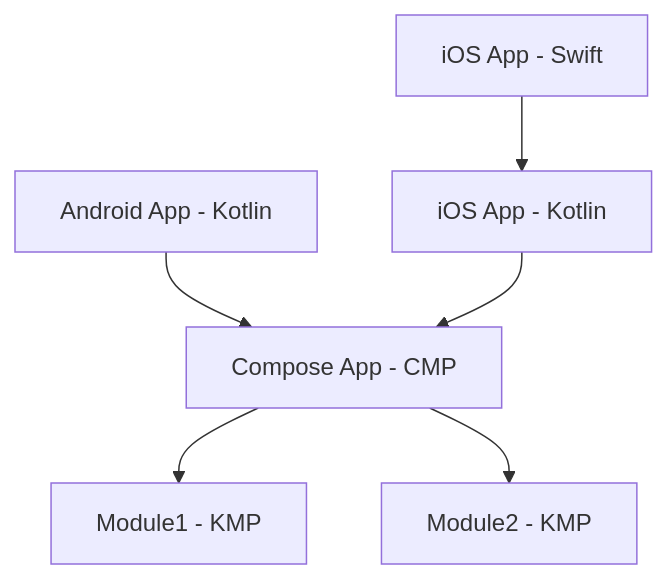
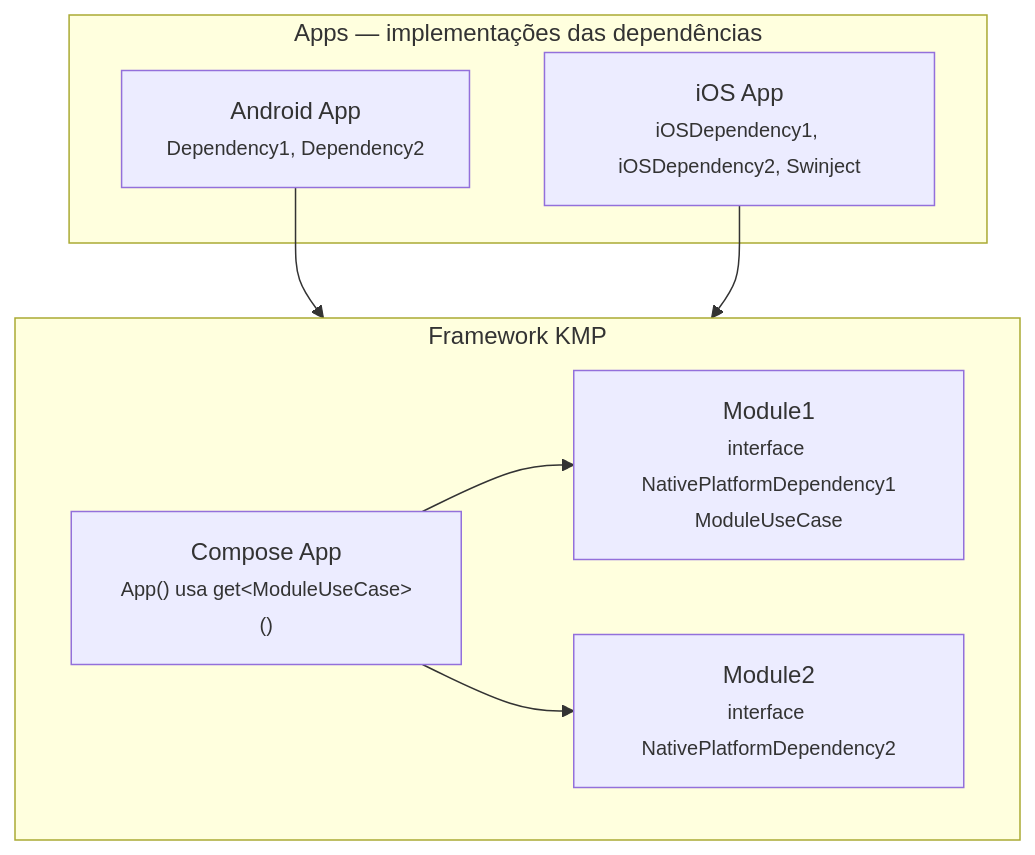
One commit to enirsilvaferraz/MyKoinCMPApplication changed the diagram in README.md. Above: the diagram before and after it, drawn with Mermaid. The commit also changed other lines of this file and 8 other files, not shown here.

First line of the commit message:
Refactor Koin DI extensions and enhance documentation for platform-specific dependency injection

````diff
--- a/README.md
+++ b/README.md
@@ -87,15 +47,18 @@
 ```mermaid
 flowchart TD
-    androidApp[Android App - Kotlin]
-    iosApp[iOS App - Swift]
-    iosFramework[iOS App - Kotlin]
-    composeApp[Compose App - CMP]
-    module1[Module1 - KMP]
-    module2[Module2 - KMP]
+    subgraph apps["Apps — implementações das dependências"]
+        androidApp["Android App<br/><small>Dependency1, Dependency2</small>"]
+        iosApp["iOS App<br/><small>iOSDependency1, iOSDependency2, Swinject</small>"]
+    end
 
-    androidApp --> composeApp
-    iosApp --> iosFramework
-    iosFramework --> composeApp
+    subgraph framework["Framework KMP"]
+        composeApp["Compose App<br/><small>App() usa get&lt;ModuleUseCase&gt;()</small>"]
+        module1["Module1<br/><small>interface NativePlatformDependency1<br/>ModuleUseCase</small>"]
+        module2["Module2<br/><small>interface NativePlatformDependency2</small>"]
+    end
+
+    androidApp --> framework
+    iosApp --> framework
     composeApp --> module1
     composeApp --> module2
 ```
````
